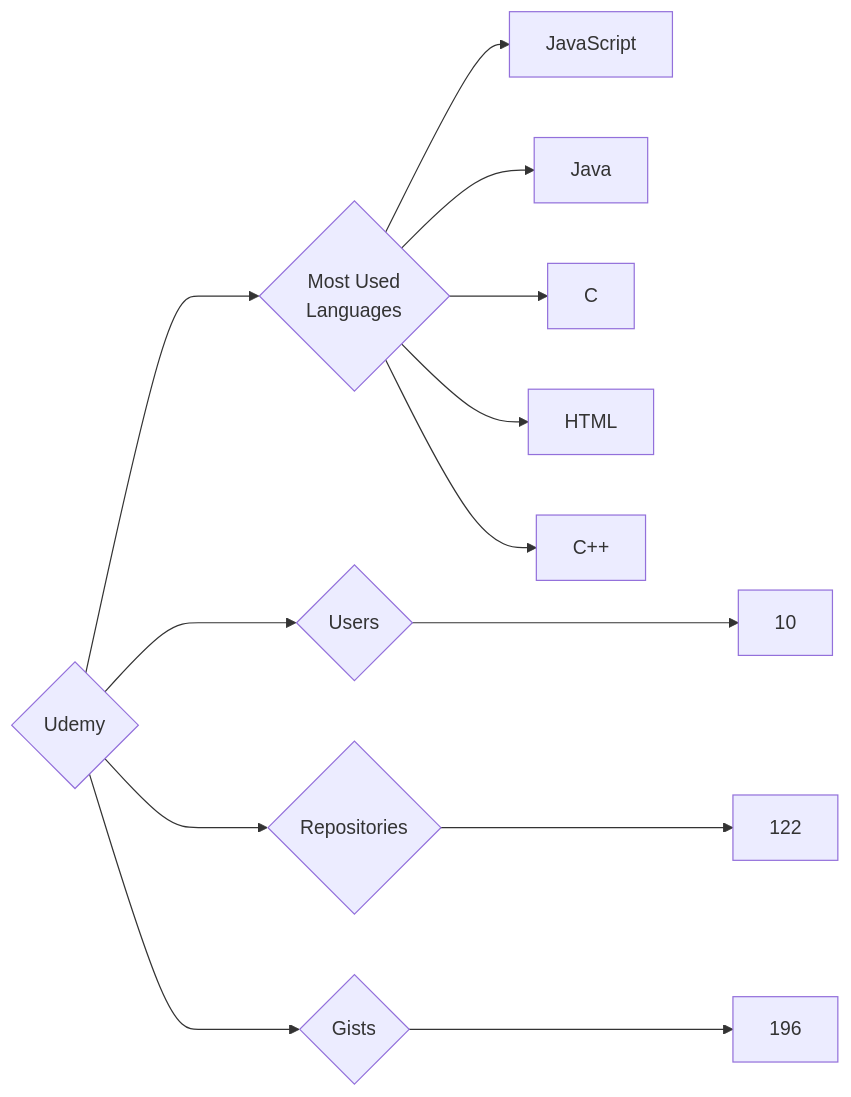
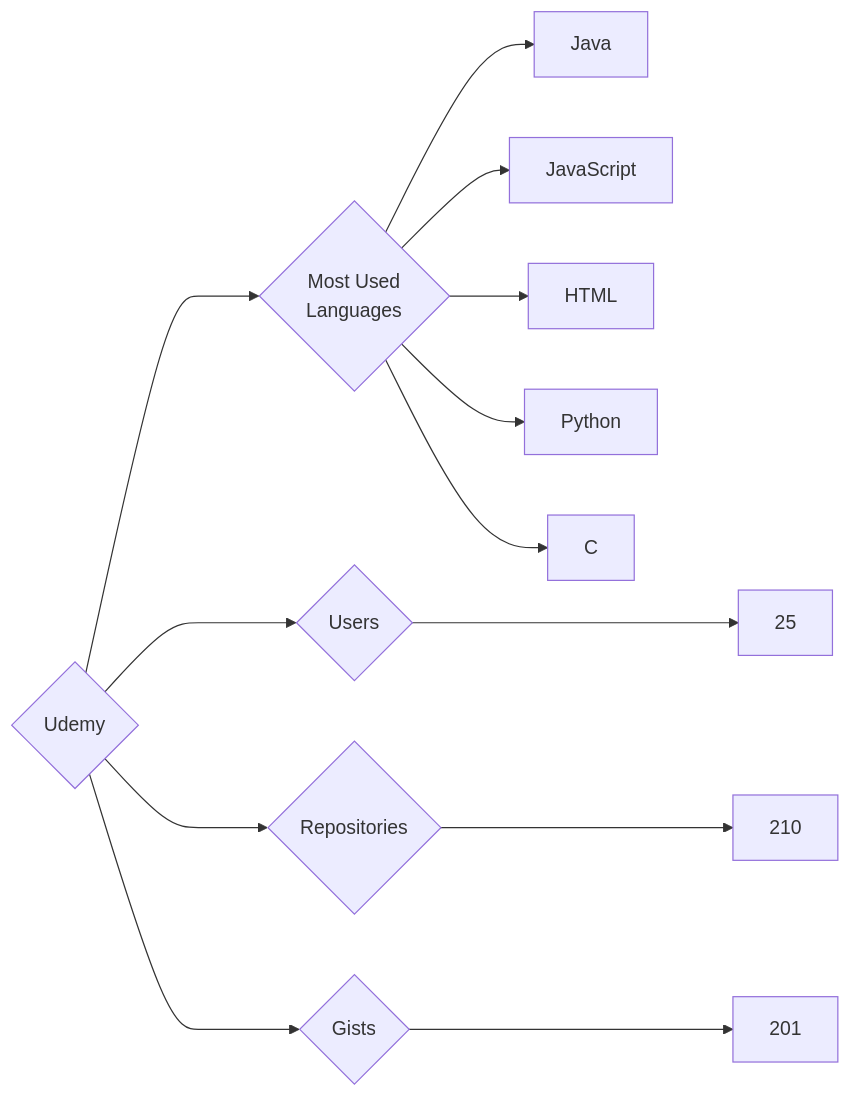
The diagram in targets/Udemy/README.md (trickest/insiders), drawn with Mermaid before and after one commit. The commit also changed 969 other files, not shown here.

````diff
--- a/targets/Udemy/README.md
+++ b/targets/Udemy/README.md
@@ -3,13 +3,13 @@
 ```mermaid
 graph LR
 COMPANY_NAME{Udemy}
-COMPANY_NAME ---> U{Users} ---> UN[10]
-COMPANY_NAME ---> R{Repositories} ---> RN[122]
-COMPANY_NAME ---> G{Gists} ---> GN[196]
+COMPANY_NAME ---> U{Users} ---> UN[25]
+COMPANY_NAME ---> R{Repositories} ---> RN[210]
+COMPANY_NAME ---> G{Gists} ---> GN[201]
 COMPANY_NAME ---> ML{Most Used<br>Languages}
+ML --> Java[Java]
 ML --> JavaScript[JavaScript]
-ML --> Java[Java]
+ML --> HTML[HTML]
+ML --> Python[Python]
 ML --> C[C]
-ML --> HTML[HTML]
-ML --> C++[C++]
 ```
````
